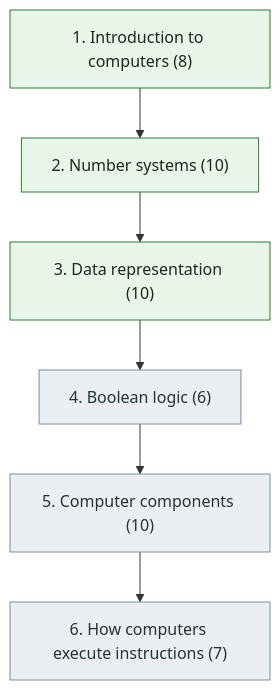
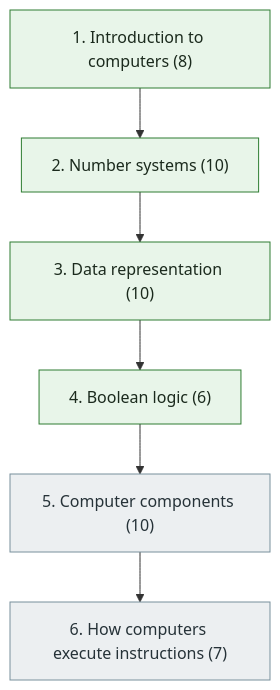
The diagram in docs/01-computer-science-foundations/01-computer-fundamentals/index.md (Sumit6258/Software-Engineer), drawn with Mermaid before and after one commit. The commit also changed other lines of this file and 16 other files, not shown here.

````diff
--- a/docs/01-computer-science-foundations/01-computer-fundamentals/index.md
+++ b/docs/01-computer-science-foundations/01-computer-fundamentals/index.md
@@ -37,13 +37,13 @@
 ```mermaid
 flowchart TD
     C1["1. Introduction to computers (8)"] --> C2["2. Number systems (10)"] --> C3["3. Data representation (10)"] --> C4["4. Boolean logic (6)"] --> C5["5. Computer components (10)"] --> C6["6. How computers execute instructions (7)"]
     classDef ns fill:#eceff1,stroke:#78909c,color:#263238;
     classDef ip fill:#fff8e1,stroke:#f9a825,color:#263238;
     classDef dr fill:#e8f5e9,stroke:#2e7d32,color:#1b2a1d;
     class C1 dr;
     class C2 dr;
     class C3 dr;
-    class C4 ns;
+    class C4 dr;
     class C5 ns;
     class C6 ns;
 ```
````
